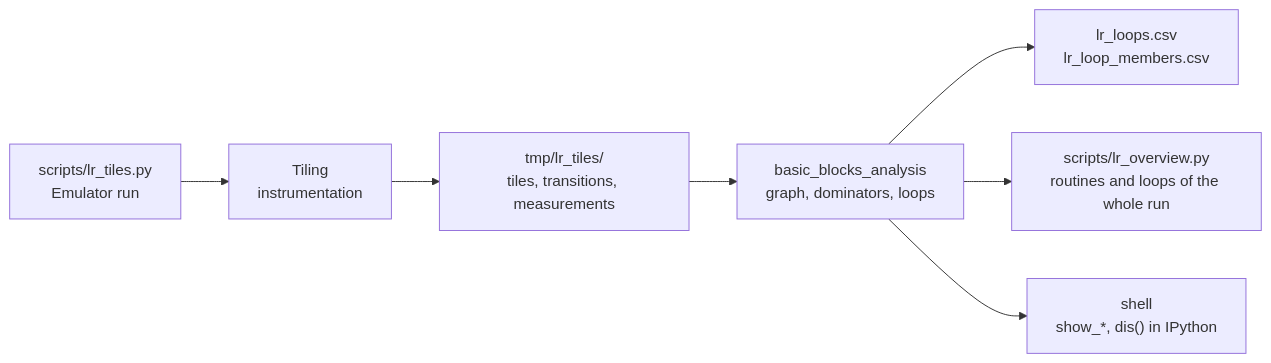
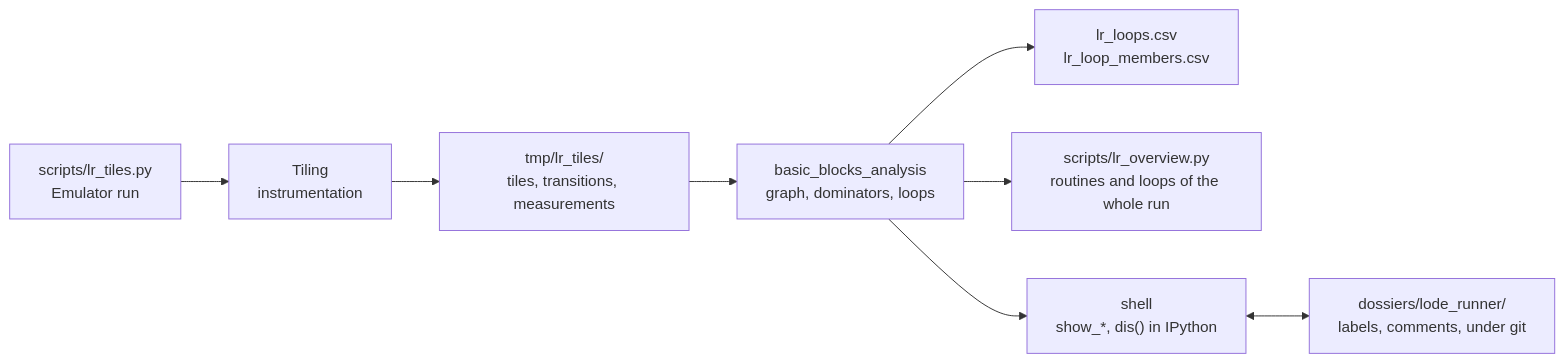
The fourth of 4 diagrams in README.md (fschuhi/papple2), drawn with Mermaid before and after one commit. The commit also changed other lines of this file, not shown here.

Commit message:
README: the dossier, the prompt's commands, Labels gone

````diff
--- a/README.md
+++ b/README.md
@@ -162,9 +163,10 @@
 ```mermaid
 graph LR
     RUN["scripts/lr_tiles.py<br/>Emulator run"] --> TILING["Tiling<br/>instrumentation"]
     TILING --> REPORTS["tmp/lr_tiles/<br/>tiles, transitions, measurements"]
     REPORTS --> BBA["basic_blocks_analysis<br/>graph, dominators, loops"]
     BBA --> LOOPS["lr_loops.csv<br/>lr_loop_members.csv"]
     BBA --> OVERVIEW["scripts/lr_overview.py<br/>routines and loops of the whole run"]
     BBA --> SHELL["shell<br/>show_*, dis() in IPython"]
+    SHELL <--> DOSSIER["dossiers/lode_runner/<br/>labels, comments, under git"]
 ```
````
